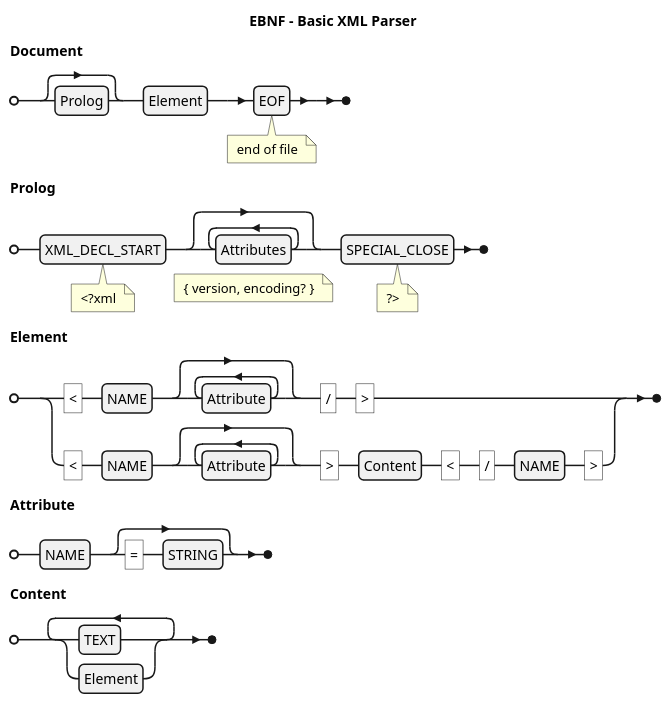
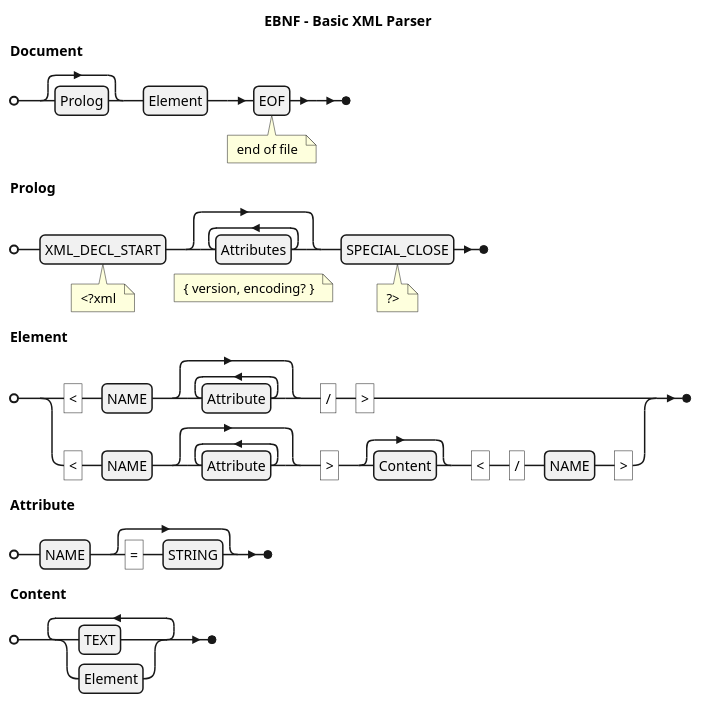
The diagram in implementations/ts-parser-xml/assets/plantuml/parser-xml.plantuml (erkobridee/ds-ast), drawn with PlantUML before and after one commit. The commit also changed 16 other files, not shown here.

```diff
--- a/implementations/ts-parser-xml/assets/plantuml/parser-xml.plantuml
+++ b/implementations/ts-parser-xml/assets/plantuml/parser-xml.plantuml
@@ -1,23 +1,23 @@
 @startebnf
 title EBNF - Basic XML Parser
 
 
 Document = [ Prolog ] , Element , EOF (* end of file *) ;
 
 Prolog = XML_DECL_START (* <?xml *) , { Attributes } (* { version, encoding? } *) , SPECIAL_CLOSE (* ?> *) ;
 
 Element = (
     "<" , NAME , { Attribute } , "/" , ">" |
-    "<" , NAME , { Attribute } , ">" , Content , "<" , "/" , NAME , ">"
+    "<" , NAME , { Attribute } , ">" , [ Content ] , "<" , "/" , NAME , ">"
   ) 
   ;
 
 Attribute = NAME , [ "=" , STRING ] ;
 
 Content = { ( 
     TEXT |
     Element
   ) }-
   ;
 
 @endebnf
```
